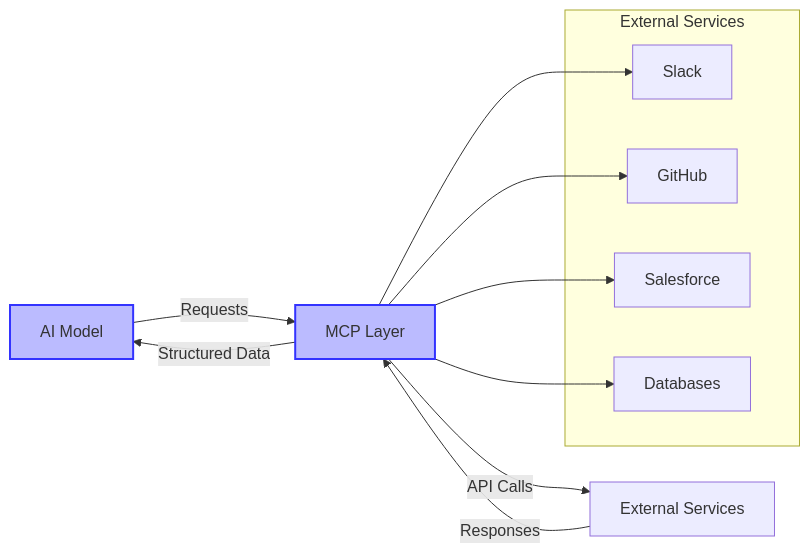
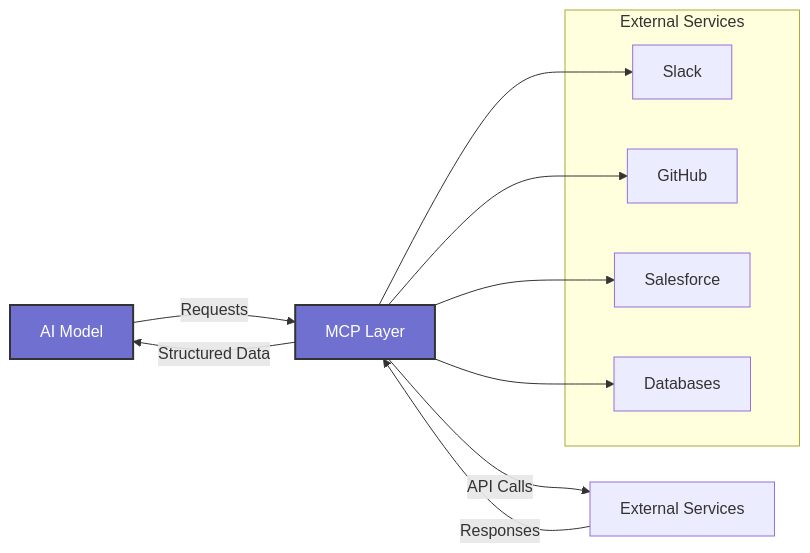
One commit to DamienBench/a2a-mcp-webhook-workshop changed the third of 3 diagrams in README.md. Above: the diagram before and after it, drawn with Mermaid. The commit also changed other lines of this file and 1 other file, not shown here.

Commit message:
update mermaid chart colors for readability

````diff
--- a/README.md
+++ b/README.md
@@ -92,23 +92,23 @@
 ```mermaid
 graph LR
     AI[AI Model] -->|Requests| MCP[MCP Layer]
     MCP -->|API Calls| Services[External Services]
     Services -->|Responses| MCP
     MCP -->|Structured Data| AI
     
     subgraph "External Services"
         Slack[Slack]
         GitHub[GitHub]
         Salesforce[Salesforce]
         Database[Databases]
     end
     
     MCP --> Slack
     MCP --> GitHub
     MCP --> Salesforce
     MCP --> Database
     
     class AI,MCP connector;
     
-    classDef connector fill:#bbf,stroke:#33f,stroke-width:2px;
+    classDef connector fill:#7070d0,stroke:#333,stroke-width:2px,color:#fff;
 ```
````
